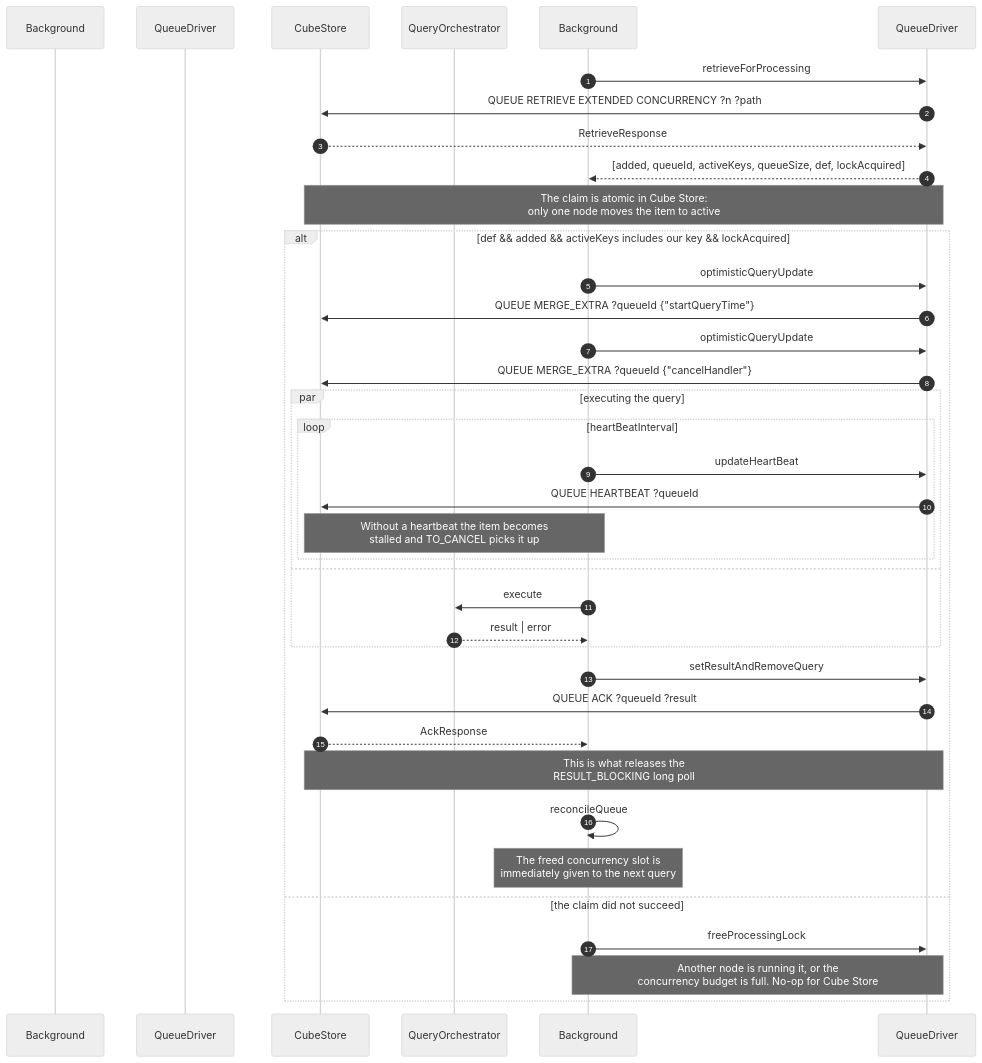
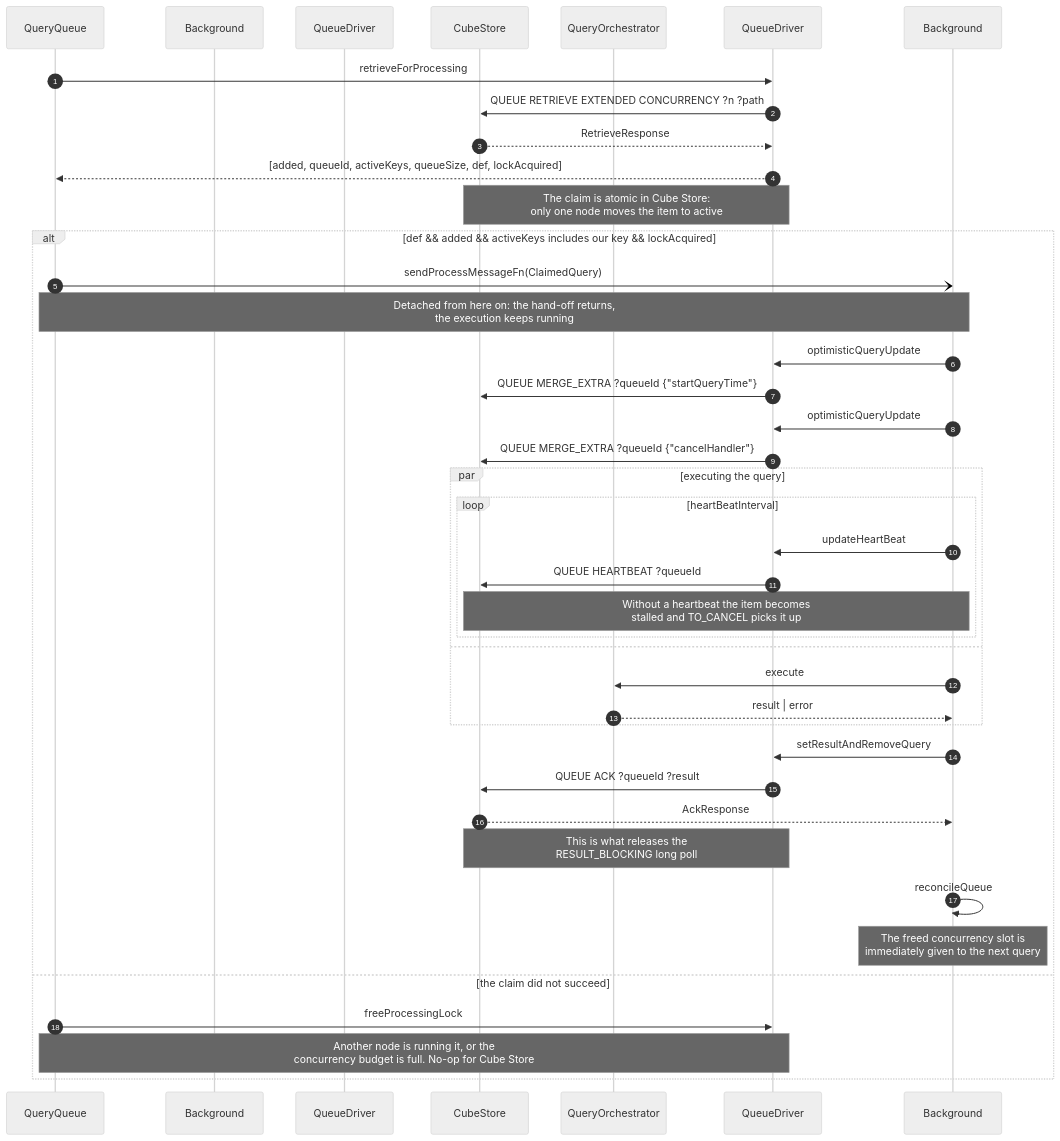
The third of 4 diagrams in packages/cubejs-query-orchestrator/DEVELOPMENT.md (cube-js/cube), drawn with Mermaid (neutral theme) before and after one commit. The commit also changed other lines of this file and 2 other files, not shown here.

````diff
--- a/packages/cubejs-query-orchestrator/DEVELOPMENT.md
+++ b/packages/cubejs-query-orchestrator/DEVELOPMENT.md
@@ -180,44 +203,48 @@
 ```mermaid
 sequenceDiagram
     autonumber
+    participant QueryQueue
     participant BackgroundQueryQueue as Background
     participant QueueDriverInterface as QueueDriver
     participant CubeStore
     participant QueryOrchestrator
 
-    Background->>QueueDriver: retrieveForProcessing
+    QueryQueue->>QueueDriver: retrieveForProcessing
     QueueDriver->>CubeStore: QUEUE RETRIEVE EXTENDED CONCURRENCY ?n ?path
     CubeStore-->>QueueDriver: RetrieveResponse
-    QueueDriver-->>Background: [added, queueId, activeKeys, queueSize, def, lockAcquired]
+    QueueDriver-->>QueryQueue: [added, queueId, activeKeys, queueSize, def, lockAcquired]
     Note over QueueDriver,CubeStore: The claim is atomic in Cube Store:<br/>only one node moves the item to active
 
     alt def && added && activeKeys includes our key && lockAcquired
+        QueryQueue-)Background: sendProcessMessageFn(ClaimedQuery)
+        Note over QueryQueue,Background: Detached from here on: the hand-off returns,<br/>the execution keeps running
+
         Background->>QueueDriver: optimisticQueryUpdate
         QueueDriver->>CubeStore: QUEUE MERGE_EXTRA ?queueId {"startQueryTime"}
 
         Background->>QueueDriver: optimisticQueryUpdate
         QueueDriver->>CubeStore: QUEUE MERGE_EXTRA ?queueId {"cancelHandler"}
 
         par executing the query
             loop heartBeatInterval
                 Background->>QueueDriver: updateHeartBeat
                 QueueDriver->>CubeStore: QUEUE HEARTBEAT ?queueId
                 Note over Background,CubeStore: Without a heartbeat the item becomes<br/>stalled and TO_CANCEL picks it up
             end
         and
             Background->>QueryOrchestrator: execute
             QueryOrchestrator-->>Background: result | error
         end
 
         Background->>QueueDriver: setResultAndRemoveQuery
         QueueDriver->>CubeStore: QUEUE ACK ?queueId ?result
         CubeStore-->>Background: AckResponse
         Note over QueueDriver,CubeStore: This is what releases the<br/>RESULT_BLOCKING long poll
 
         Background->>Background: reconcileQueue
         Note over Background: The freed concurrency slot is<br/>immediately given to the next query
     else the claim did not succeed
-        Background->>QueueDriver: freeProcessingLock
-        Note over Background,QueueDriver: Another node is running it, or the<br/>concurrency budget is full. No-op for Cube Store
+        QueryQueue->>QueueDriver: freeProcessingLock
+        Note over QueryQueue,QueueDriver: Another node is running it, or the<br/>concurrency budget is full. No-op for Cube Store
     end
 ```
````
